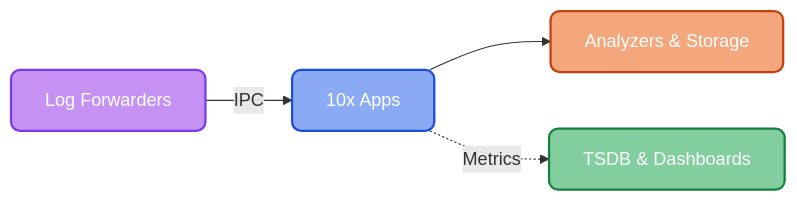
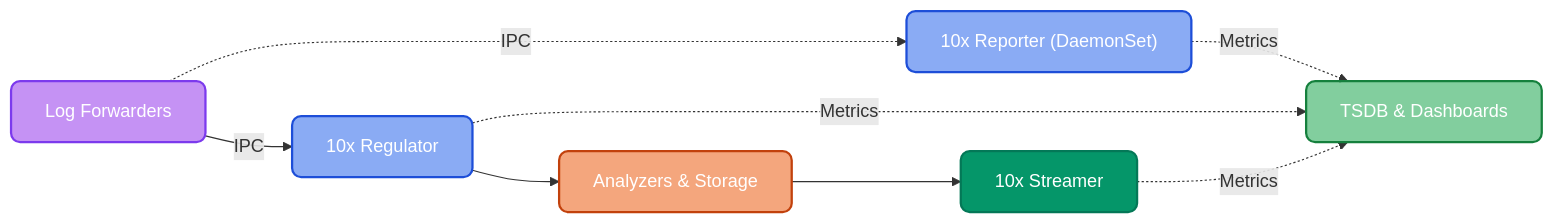
The diagram in apps/doc.md (log-10x/modules), drawn with Mermaid before and after one commit. The commit also changed other lines of this file and 34 other files, not shown here.

````diff
--- a/apps/doc.md
+++ b/apps/doc.md
@@ -11,16 +11,23 @@
 ```mermaid
 graph LR
-    Forwarders["Log Forwarders"] -->|IPC| Apps["10x Apps"]
-    Apps --> Analyzers["Analyzers & Storage"]
-    Apps -.->|Metrics| Console["TSDB & Dashboards"]
+    Forwarders["Log Forwarders"] -->|IPC| Edge["10x Regulator"]
+    Edge --> Analyzers["Analyzers & Storage"]
+    Forwarders -.->|IPC| Reporter["10x Reporter (DaemonSet)"]
+    Analyzers --> Cloud["10x Streamer"]
+    Reporter -.->|Metrics| Console["TSDB & Dashboards"]
+    Edge -.->|Metrics| Console
+    Cloud -.->|Metrics| Console
 
     classDef forwarders fill:#9333ea88,stroke:#7c3aed,color:#ffffff,stroke-width:2px,rx:8,ry:8
-    classDef apps fill:#2563eb88,stroke:#1d4ed8,color:#ffffff,stroke-width:2px,rx:8,ry:8
+    classDef edge fill:#2563eb88,stroke:#1d4ed8,color:#ffffff,stroke-width:2px,rx:8,ry:8
     classDef analyzers fill:#ea580c88,stroke:#c2410c,color:#ffffff,stroke-width:2px,rx:8,ry:8
+    classDef cloud fill:#059669,stroke:#047857,color:#ffffff,stroke-width:2px,rx:8,ry:8
     classDef console fill:#16a34a88,stroke:#15803d,color:#ffffff,stroke-width:2px,rx:8,ry:8
 
     class Forwarders forwarders
-    class Apps apps
+    class Edge edge
+    class Reporter edge
     class Analyzers analyzers
+    class Cloud cloud
     class Console console
 ```
````
